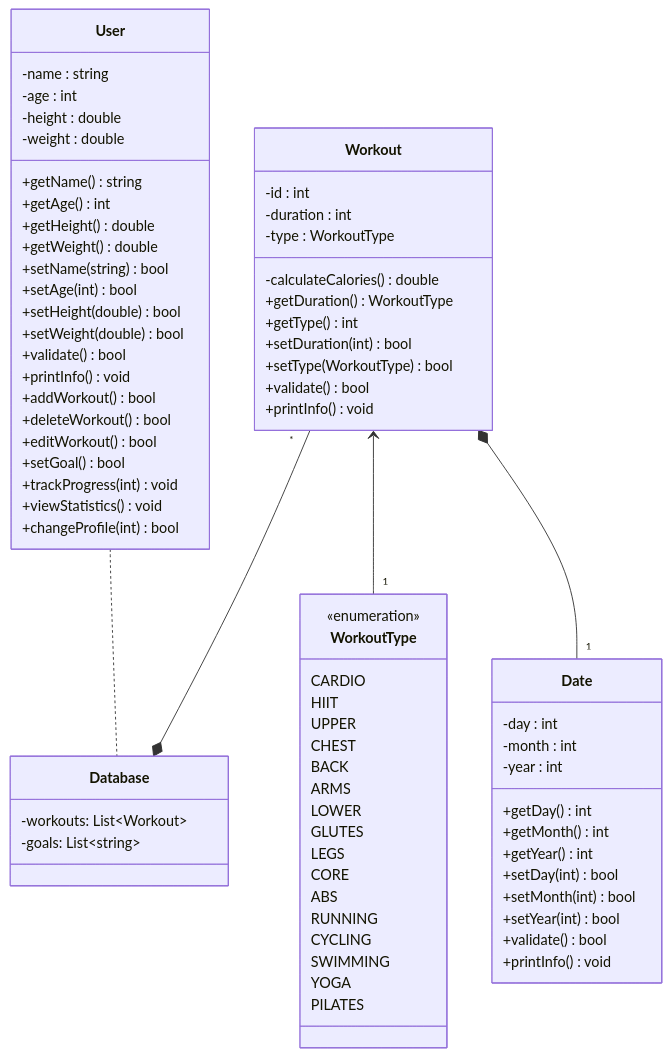
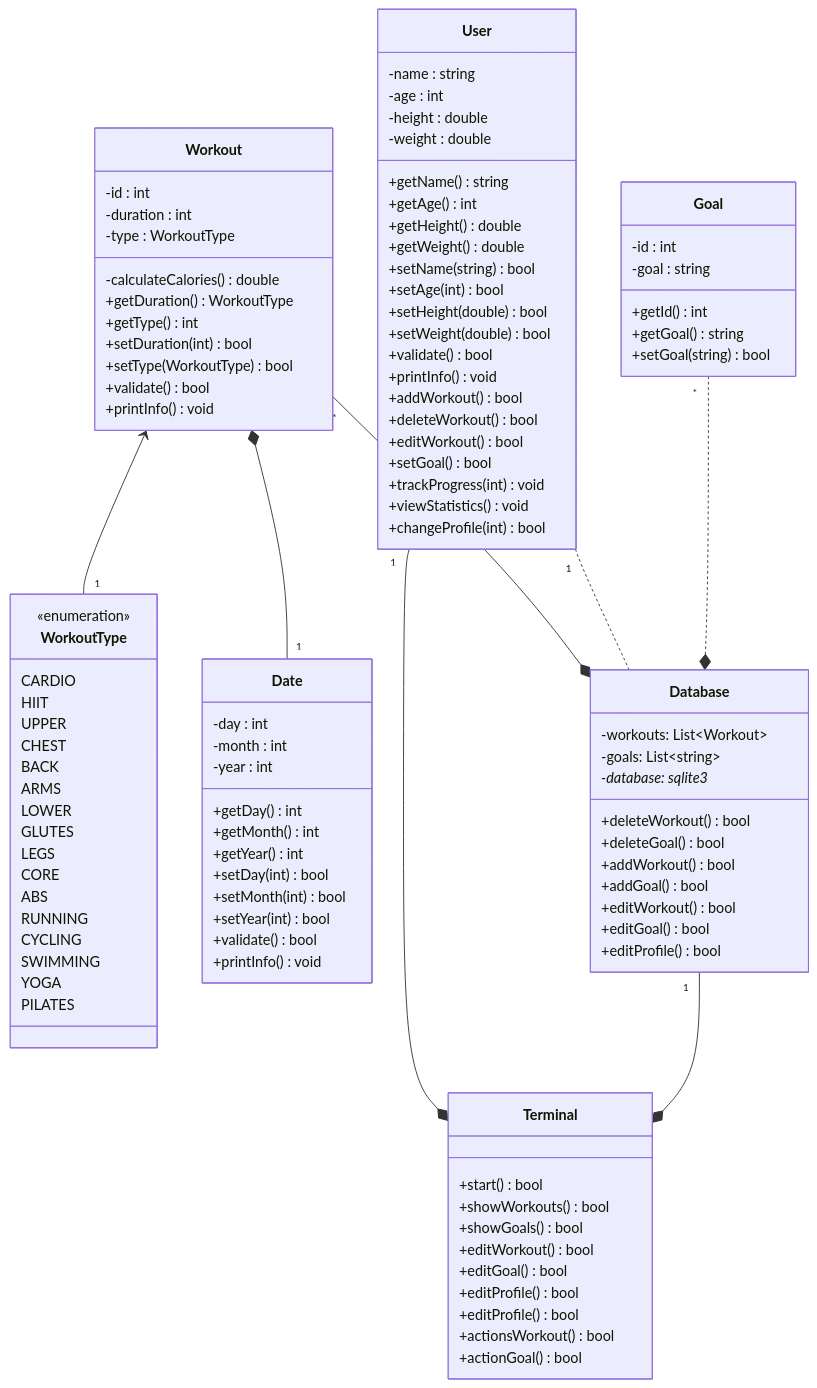
One commit to fpmi-tp2024/tpmp-rvn-lab5-bumblebee changed the third of 6 diagrams in docs/index.md. Above: the diagram before and after it, drawn with Mermaid.

````diff
--- a/docs/index.md
+++ b/docs/index.md
@@ -285,6 +285,14 @@
         +printInfo() void
     }
 
+    class Goal {
+        -id : int
+        -goal : string
+        +getId() int
+        +getGoal() string
+        +setGoal(string) bool
+    }
+
     class User {
         -name : string
         -age : int
@@ -312,11 +320,34 @@
     class Database {
         -workouts: List~Workout~
         -goals: List~string~
+        -database: sqlite3*
+        +deleteWorkout() bool
+        +deleteGoal() bool
+        +addWorkout() bool
+        +addGoal() bool
+        +editWorkout() bool
+        +editGoal() bool
+        +editProfile() bool
+    }
+
+    class Terminal {
+        +start() bool
+        +showWorkouts() bool
+        +showGoals() bool
+        +editWorkout() bool
+        +editGoal() bool
+        +editProfile() bool
+        +editProfile() bool
+        +actionsWorkout() bool
+        +actionGoal() bool
     }
     
     Workout "*" --* Database
     Workout <-- "1" WorkoutType
     Workout *-- "1" Date
-    User .. Database
+    User "1" .. Database
+    Goal "*" ..* Database
+    User "1" --* Terminal
+    Database "1" --* Terminal
     
  ```
````
